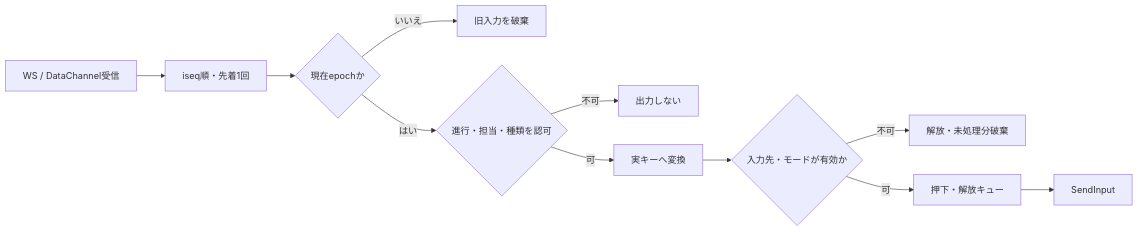
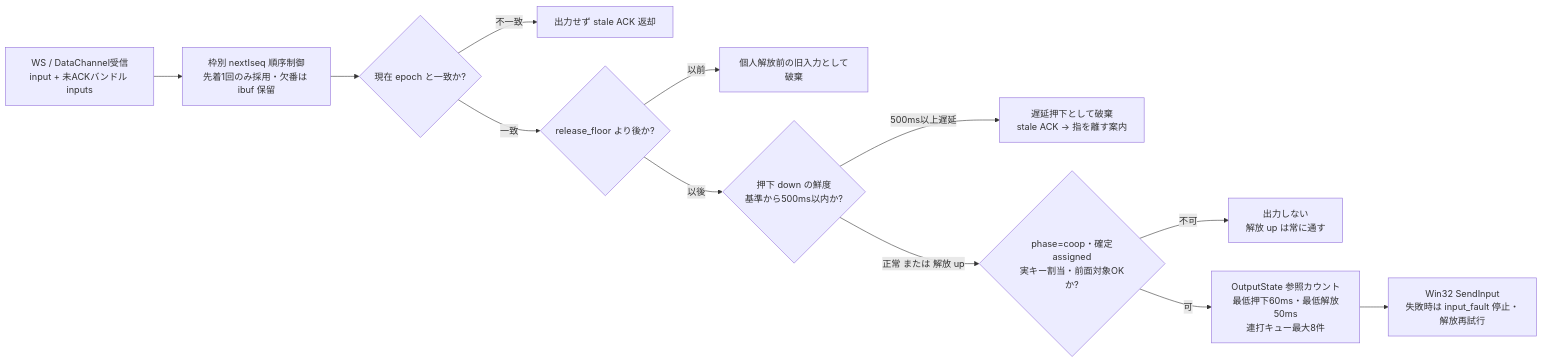
One commit to jphacks/kz_2613 changed the second of 4 diagrams in docs/host-specification.md. Above: the diagram before and after it, drawn with Mermaid. The commit also changed other lines of this file and 10 other files, not shown here.

````diff
--- a/docs/host-specification.md
+++ b/docs/host-specification.md
@@ -116,13 +128,14 @@
 ```mermaid
 flowchart LR
-    Receive[WS / DataChannel受信] --> Order[iseq順・先着1回]
-    Epoch -->|いいえ| Discard[旧入力を破棄]
-    Order --> Epoch{現在epochか}
-    Epoch -->|はい| Auth{進行・担当・種類を認可}
-    Auth -->|不可| Reject[出力しない]
-    Auth -->|可| Resolve[実キーへ変換]
-    Resolve --> Focus{入力先・モードが有効か}
-    Focus -->|不可| Release[解放・未処理分破棄]
-    Focus -->|可| Queue[押下・解放キュー]
-    Queue --> Send[SendInput]
+    Receive[WS / DataChannel受信<br/>input + 未ACKバンドル inputs] --> Dedup[枠別 nextIseq 順序制御<br/>先着1回のみ採用・欠番は ibuf 保留]
+    Dedup --> Epoch{現在 epoch と一致か?}
+    Epoch -->|不一致| Stale1[出力せず stale ACK 返却]
+    Epoch -->|一致| Floor{release_floor より後か?}
+    Floor -->|以前| Stale2[個人解放前の旧入力として破棄]
+    Floor -->|以後| Fresh{押下 down の鮮度<br/>基準から500ms以内か?}
+    Fresh -->|500ms以上遅延| Stale3[遅延押下として破棄<br/>stale ACK → 指を離す案内]
+    Fresh -->|正常 または 解放 up| Auth{phase=coop・確定assigned<br/>実キー割当・前面対象OKか?}
+    Auth -->|不可| Reject[出力しない<br/>解放 up は常に通す]
+    Auth -->|可| Queue[OutputState 参照カウント<br/>最低押下60ms・最低解放50ms<br/>連打キュー最大8件]
+    Queue --> Send[Win32 SendInput<br/>失敗時は input_fault 停止・解放再試行]
 ```
````
